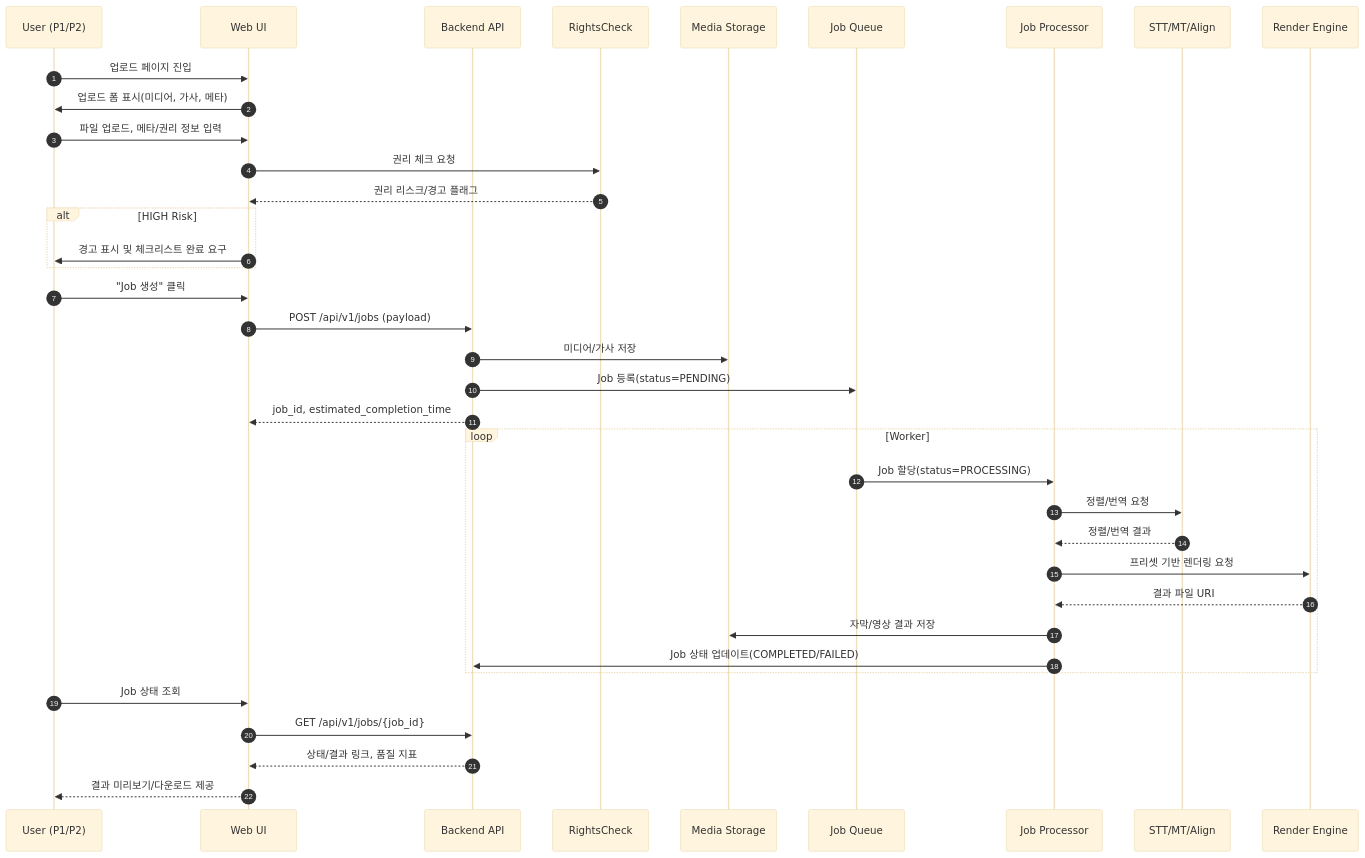
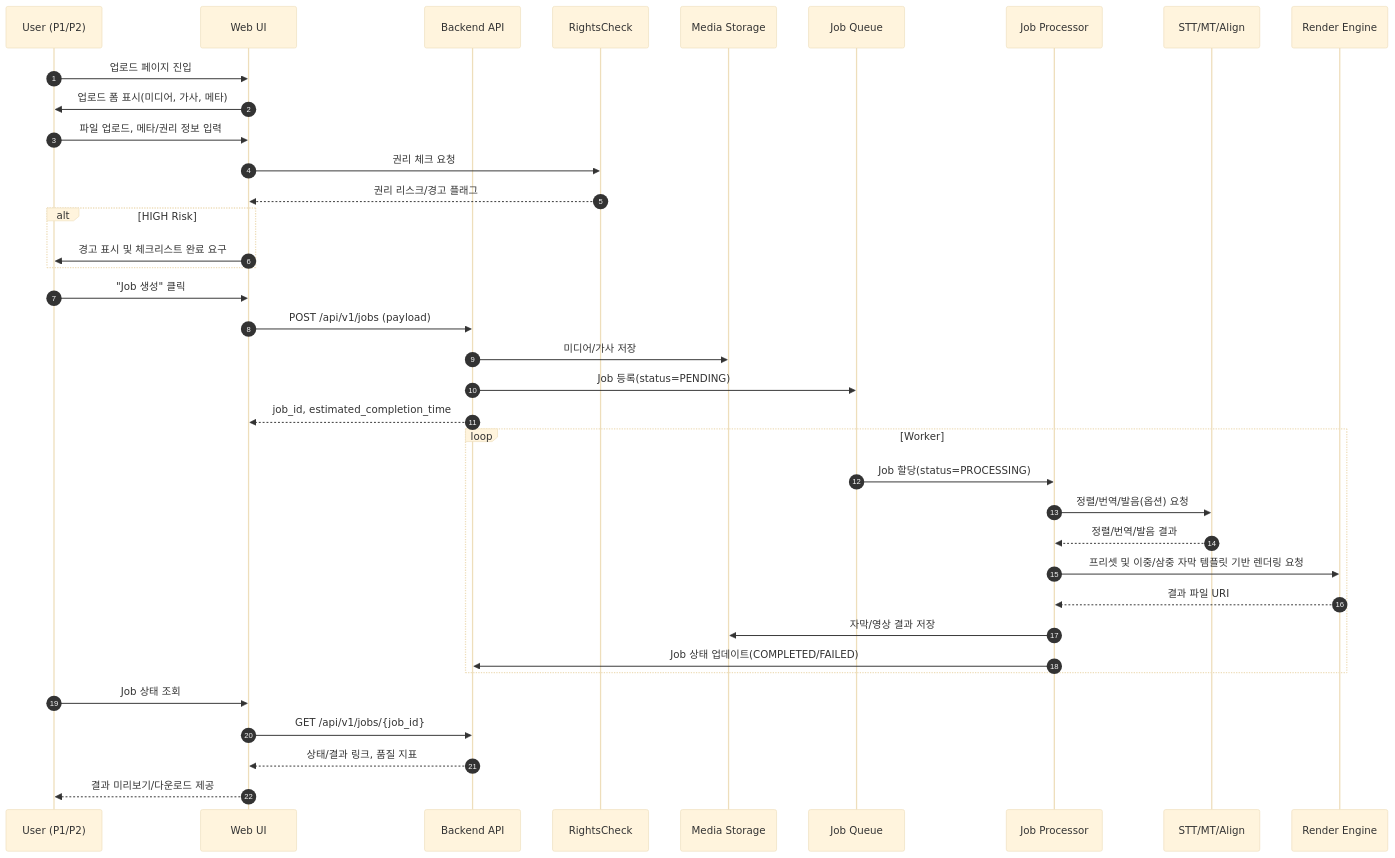
Before and after one commit to hseunghwan/modo-bootcamp: the second of 3 diagrams in 3_Multilingual_Karaoke_Subtitle_Video_Generation_SaaS/gpt-5/plan/Software Requirements Specification.md, drawn with Mermaid (base theme). The commit also changed other lines of this file, not shown here.

````diff
--- a/3_Multilingual_Karaoke_Subtitle_Video_Generation_SaaS/gpt-5/plan/Software Requirements Specification.md
+++ b/3_Multilingual_Karaoke_Subtitle_Video_Generation_SaaS/gpt-5/plan/Software Requirements Specification.md
@@ -349,40 +369,40 @@
 ```mermaid
 sequenceDiagram
     autonumber
     participant U as User (P1/P2)
     participant UI as Web UI
     participant API as Backend API
     participant RC as RightsCheck
     participant Store as Media Storage
     participant Queue as Job Queue
     participant Proc as Job Processor
     participant STT as STT/MT/Align
     participant Render as Render Engine
 
     U->>UI: 업로드 페이지 진입
     UI->>U: 업로드 폼 표시(미디어, 가사, 메타)
     U->>UI: 파일 업로드, 메타/권리 정보 입력
     UI->>RC: 권리 체크 요청
     RC-->>UI: 권리 리스크/경고 플래그
     alt HIGH Risk
         UI->>U: 경고 표시 및 체크리스트 완료 요구
     end
     U->>UI: "Job 생성" 클릭
     UI->>API: POST /api/v1/jobs (payload)
     API->>Store: 미디어/가사 저장
     API->>Queue: Job 등록(status=PENDING)
     API-->>UI: job_id, estimated_completion_time
     loop Worker
         Queue->>Proc: Job 할당(status=PROCESSING)
-        Proc->>STT: 정렬/번역 요청
-        STT-->>Proc: 정렬/번역 결과
-        Proc->>Render: 프리셋 기반 렌더링 요청
+        Proc->>STT: 정렬/번역/발음(옵션) 요청
+        STT-->>Proc: 정렬/번역/발음 결과
+        Proc->>Render: 프리셋 및 이중/삼중 자막 템플릿 기반 렌더링 요청
         Render-->>Proc: 결과 파일 URI
         Proc->>Store: 자막/영상 결과 저장
         Proc->>API: Job 상태 업데이트(COMPLETED/FAILED)
     end
     U->>UI: Job 상태 조회
     UI->>API: GET /api/v1/jobs/{job_id}
     API-->>UI: 상태/결과 링크, 품질 지표
     UI-->>U: 결과 미리보기/다운로드 제공
 ```
````
